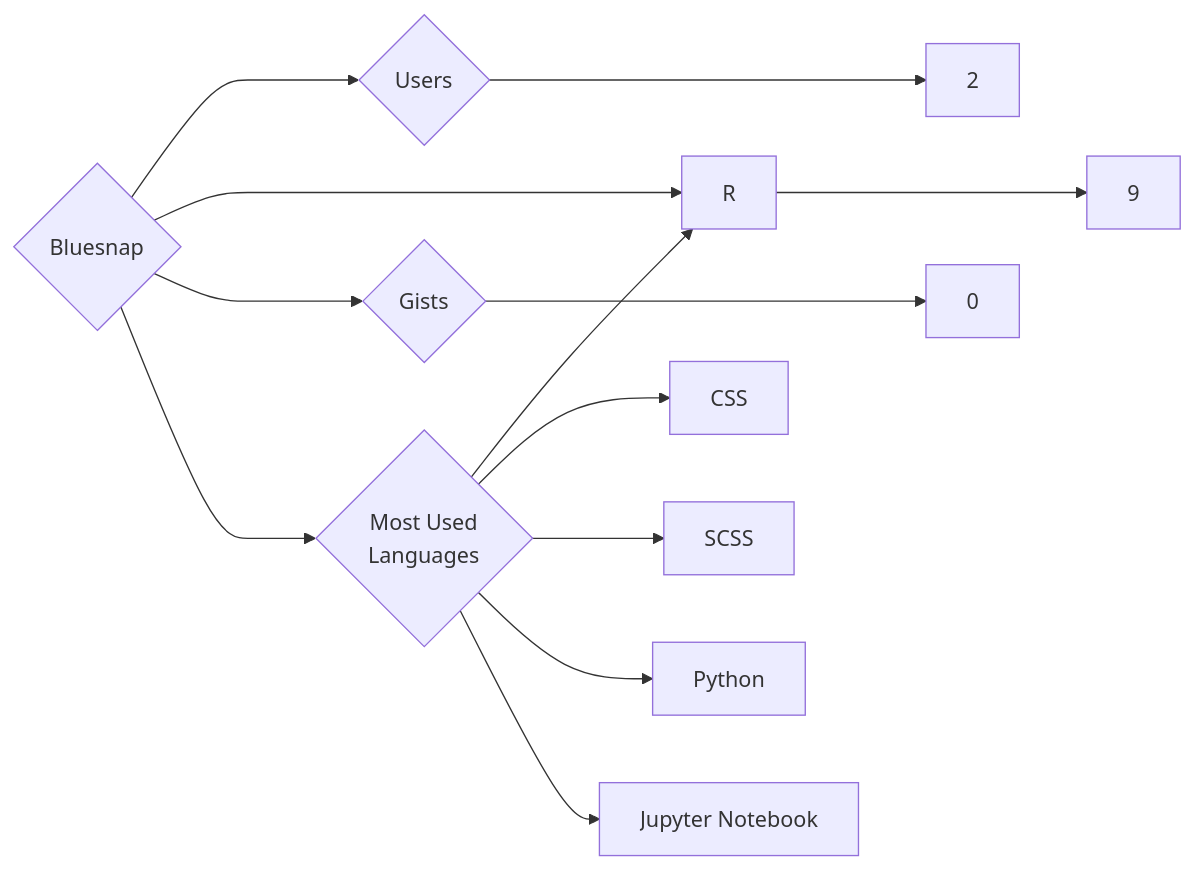
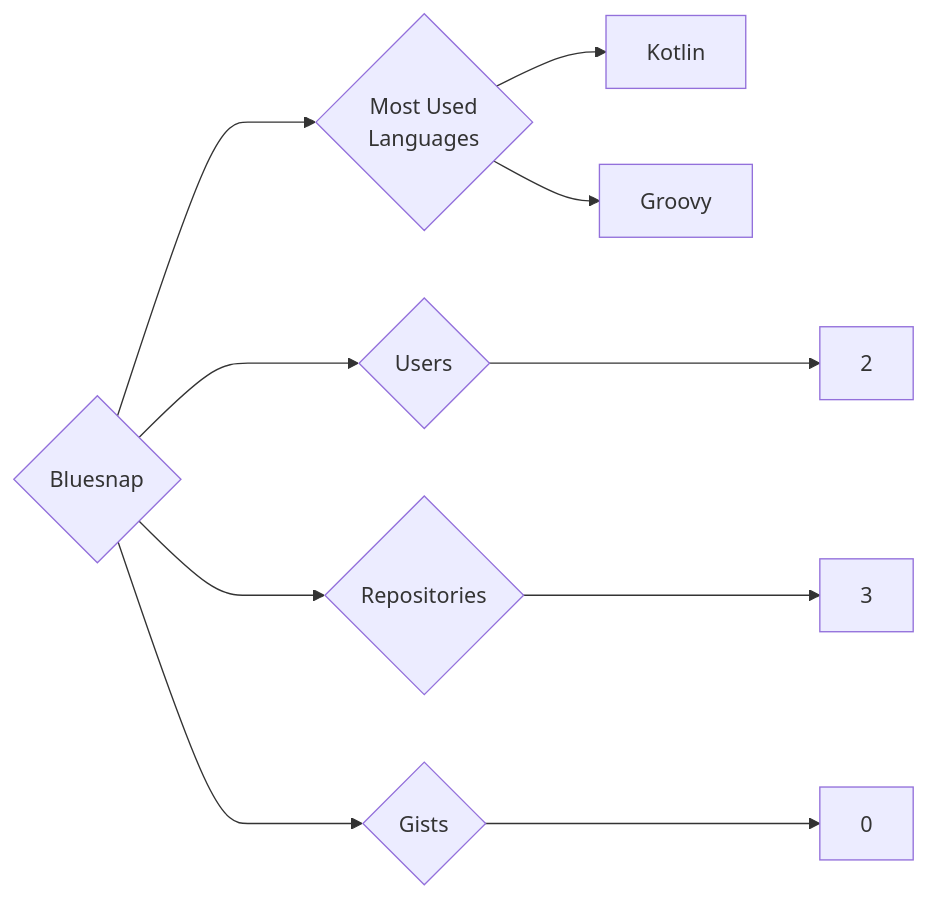
The diagram in targets/Bluesnap/README.md (trickest/insiders), drawn with Mermaid before and after one commit. The commit also changed 1084 other files, not shown here.

````diff
--- a/targets/Bluesnap/README.md
+++ b/targets/Bluesnap/README.md
@@ -3,13 +3,10 @@
 ```mermaid
 graph LR
 COMPANY_NAME{Bluesnap}
 COMPANY_NAME ---> U{Users} ---> UN[2]
-COMPANY_NAME ---> R{Repositories} ---> RN[9]
+COMPANY_NAME ---> R{Repositories} ---> RN[3]
 COMPANY_NAME ---> G{Gists} ---> GN[0]
 COMPANY_NAME ---> ML{Most Used<br>Languages}
-ML --> R[R]
-ML --> CSS[CSS]
-ML --> SCSS[SCSS]
-ML --> Python[Python]
-ML --> Jupyter_Notebook[Jupyter Notebook]
+ML --> Kotlin[Kotlin]
+ML --> Groovy[Groovy]
 ```
````
